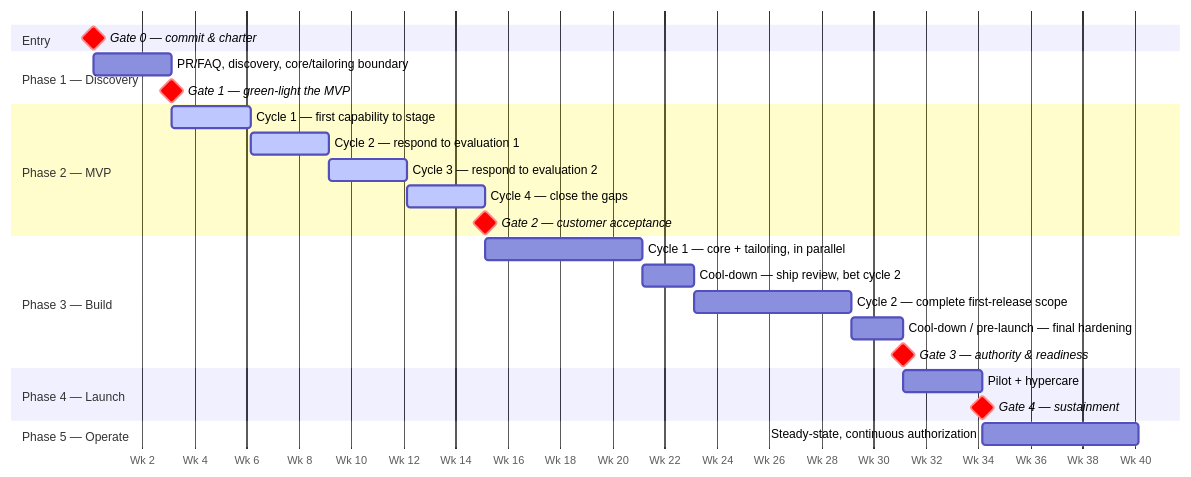
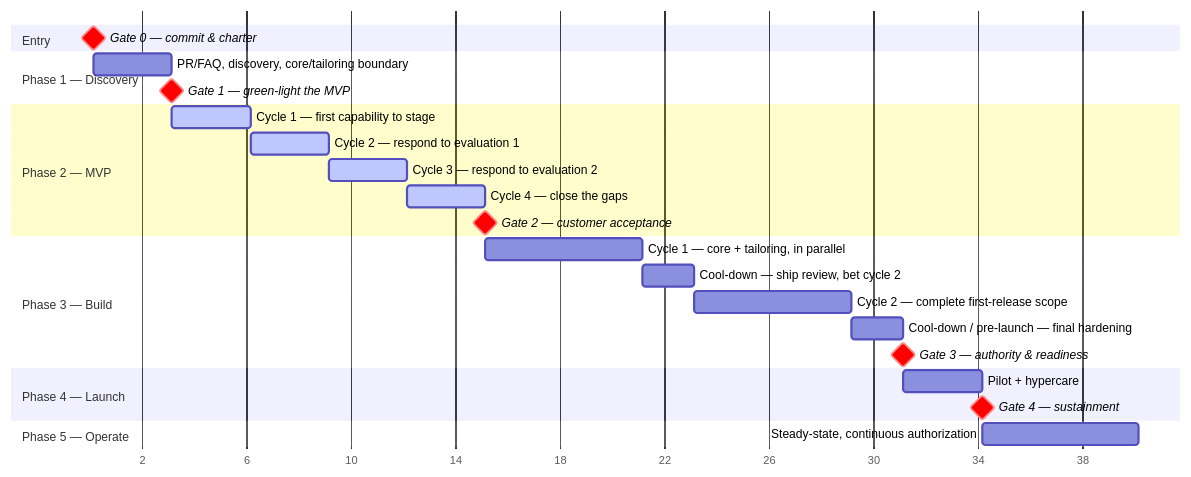
One commit to RA-Rob/IPT-Workflow changed the diagram in docs/04-process-timeline-and-phases.md. Above: the diagram before and after it, drawn with Mermaid. The commit also changed 1 other file, not shown here.

First paragraph of the commit message:
Fix gantt axis crowding and stop it collapsing on mobile
Two bugs the desktop screenshot and a mobile-viewport check each caught:

````diff
--- a/docs/04-process-timeline-and-phases.md
+++ b/docs/04-process-timeline-and-phases.md
@@ -161,36 +161,36 @@
 ```mermaid
 gantt
     accTitle: A worked, illustrative timeline from Gate 0 to steady-state operation
     accDescr: Week 1 is Gate 0. Discovery runs weeks 2 to 4 into Gate 1. Four MVP cycles run weeks 5 to 16 into Gate 2, funded by the customer alone. Two build cycles with cool-downs run weeks 17 to 32 into Gate 3, funded by both wallets. Launch runs weeks 33 to 35 into Gate 4. Operate and Iterate begins week 36 and continues.
     dateFormat YYYY-MM-DD
-    axisFormat Wk %-W
-    tickInterval 2week
+    axisFormat %-W
+    tickInterval 4week
 
     section Entry
     Gate 0 — commit & charter :milestone, crit, g0, 2024-01-01, 0d
 
     section Phase 1 — Discovery
     PR/FAQ, discovery, core/tailoring boundary :p1, after g0, 3w
     Gate 1 — green-light the MVP :milestone, crit, g1, after p1, 0d
 
     section Phase 2 — MVP
     Cycle 1 — first capability to stage   :active, p2a, after g1, 3w
     Cycle 2 — respond to evaluation 1     :active, p2b, after p2a, 3w
     Cycle 3 — respond to evaluation 2     :active, p2c, after p2b, 3w
     Cycle 4 — close the gaps              :active, p2d, after p2c, 3w
     Gate 2 — customer acceptance :milestone, crit, g2, after p2d, 0d
 
     section Phase 3 — Build
     Cycle 1 — core + tailoring, in parallel      :p3a, after g2, 6w
     Cool-down — ship review, bet cycle 2         :p3b, after p3a, 2w
     Cycle 2 — complete first-release scope       :p3c, after p3b, 6w
     Cool-down / pre-launch — final hardening     :p3d, after p3c, 2w
     Gate 3 — authority & readiness :milestone, crit, g3, after p3d, 0d
 
     section Phase 4 — Launch
     Pilot + hypercare :p4, after g3, 3w
     Gate 4 — sustainment :milestone, crit, g4, after p4, 0d
 
     section Phase 5 — Operate
     Steady-state, continuous authorization :p5, after g4, 6w
 ```
````
